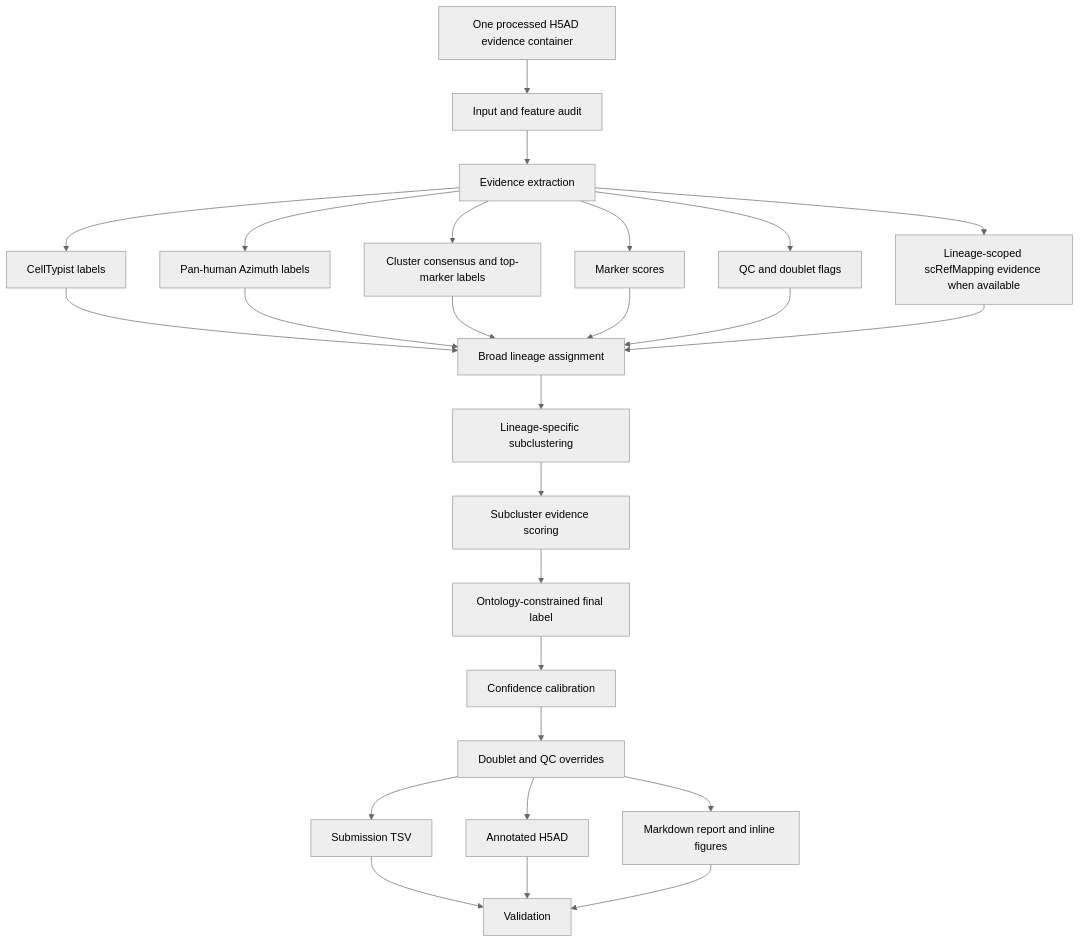
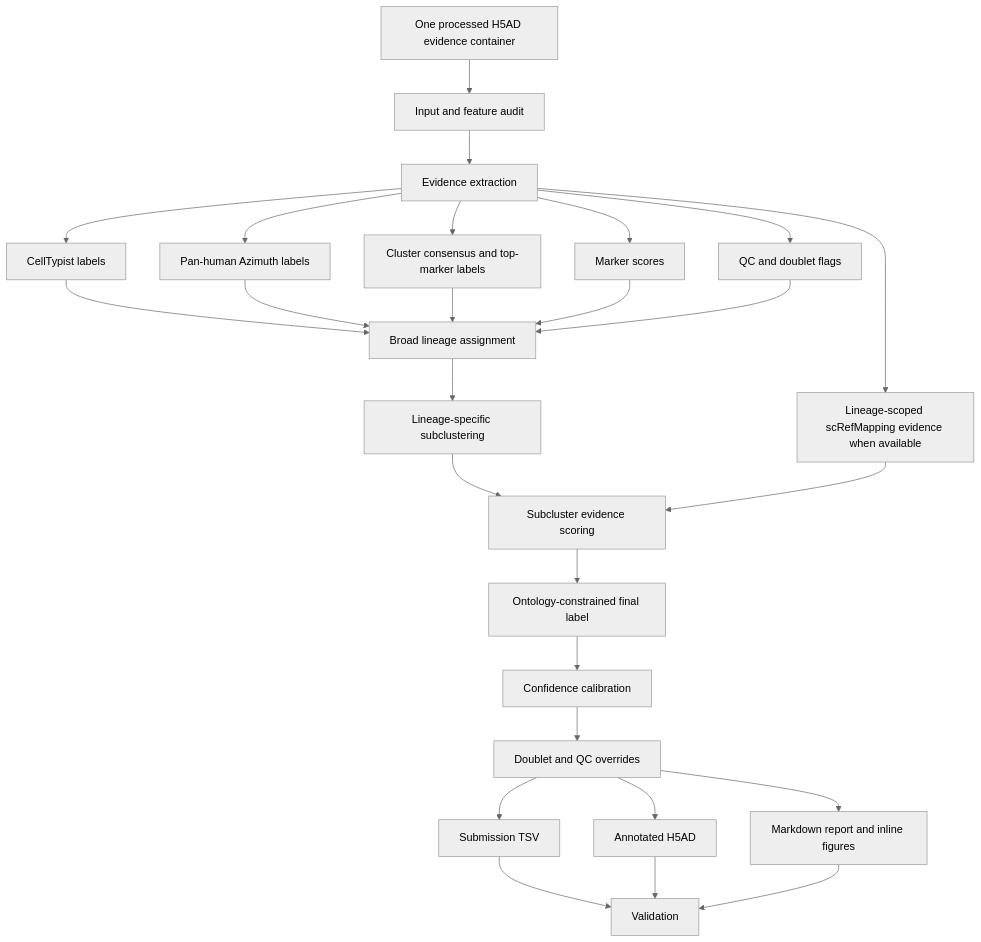
Before and after one commit to yyoshiaki/hipc-scrna-seq-annotation-submission: the diagram in README.md, drawn with Mermaid (neutral theme). The commit also changed 2 other files, not shown here.

Commit message:
Place scRefMapping after broad lineage

````diff
--- a/README.md
+++ b/README.md
@@ -78,28 +78,28 @@
 ```mermaid
 flowchart TD
     A[One processed H5AD evidence container] --> B[Input and feature audit]
     B --> C[Evidence extraction]
     C --> C1[CellTypist labels]
     C --> C2[Pan-human Azimuth labels]
     C --> C3[Cluster consensus and top-marker labels]
     C --> C4[Marker scores]
     C --> C5[QC and doublet flags]
     C --> C6[Lineage-scoped scRefMapping evidence when available]
     C1 --> D[Broad lineage assignment]
     C2 --> D
     C3 --> D
     C4 --> D
     C5 --> D
-    C6 --> D
     D --> E[Lineage-specific subclustering]
     E --> F[Subcluster evidence scoring]
+    C6 --> F
     F --> G[Ontology-constrained final label]
     G --> H[Confidence calibration]
     H --> I[Doublet and QC overrides]
     I --> J[Submission TSV]
     I --> K[Annotated H5AD]
     I --> L[Markdown report and inline figures]
     J --> M[Validation]
     K --> M
     L --> M
 ```
````
